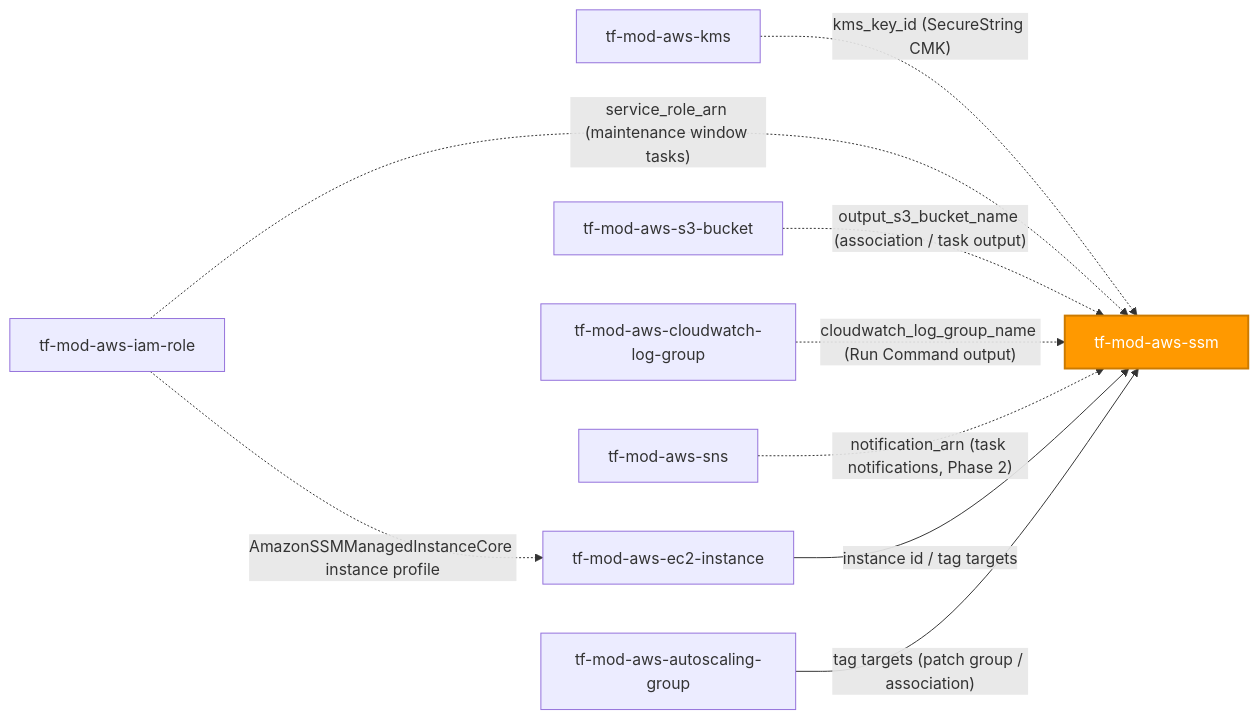
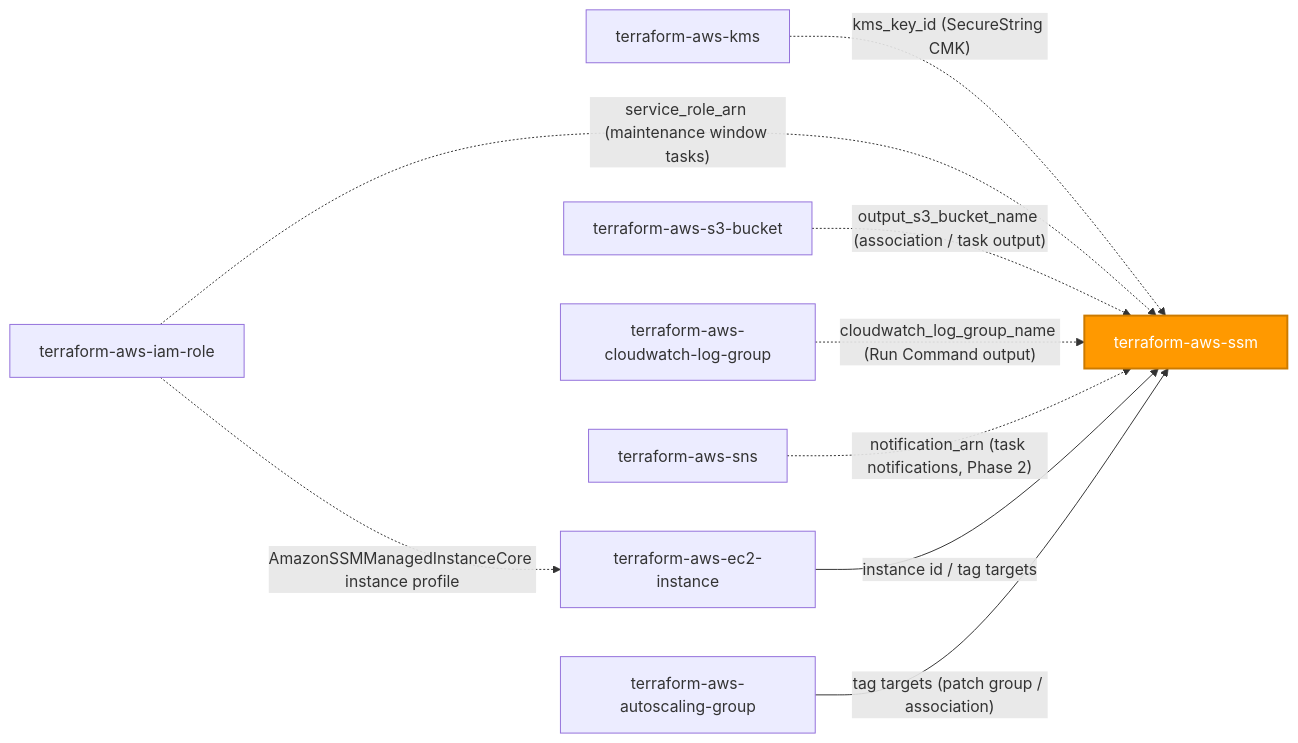
The first of 2 diagrams in README.md (microsoftexpert/terraform-aws-ssm), drawn with Mermaid before and after one commit. The commit also changed other lines of this file and 4 other files, not shown here.

````diff
--- a/README.md
+++ b/README.md
@@ -44,23 +44,23 @@
 ```mermaid
 flowchart LR
- ssm["tf-mod-aws-ssm"]
- kms["tf-mod-aws-kms"]
- iam["tf-mod-aws-iam-role"]
- ec2["tf-mod-aws-ec2-instance"]
- asg["tf-mod-aws-autoscaling-group"]
- s3["tf-mod-aws-s3-bucket"]
- cwlg["tf-mod-aws-cloudwatch-log-group"]
- sns["tf-mod-aws-sns"]
+ ssm["terraform-aws-ssm"]
+ kms["terraform-aws-kms"]
+ iam["terraform-aws-iam-role"]
+ ec2["terraform-aws-ec2-instance"]
+ asg["terraform-aws-autoscaling-group"]
+ s3["terraform-aws-s3-bucket"]
+ cwlg["terraform-aws-cloudwatch-log-group"]
+ sns["terraform-aws-sns"]
 
  kms -. "kms_key_id (SecureString CMK)".-> ssm
  iam -. "service_role_arn (maintenance window tasks)".-> ssm
  iam -. "AmazonSSMManagedInstanceCore instance profile".-> ec2
  s3 -. "output_s3_bucket_name (association / task output)".-> ssm
  cwlg -. "cloudwatch_log_group_name (Run Command output)".-> ssm
  sns -. "notification_arn (task notifications, Phase 2)".-> ssm
 
  ec2 -- "instance id / tag targets" --> ssm
  asg -- "tag targets (patch group / association)" --> ssm
 
  style ssm fill:#FF9900,color:#fff,stroke:#cc7a00,stroke-width:2px
 ```
````
